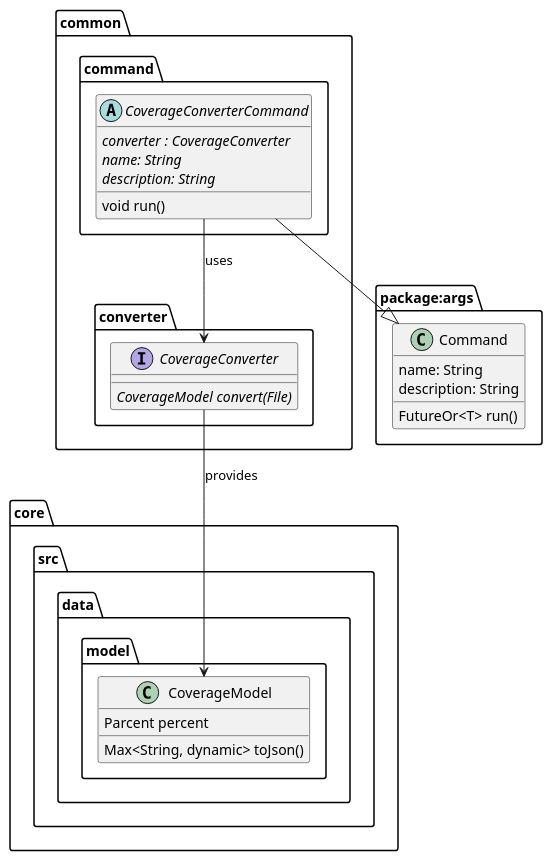
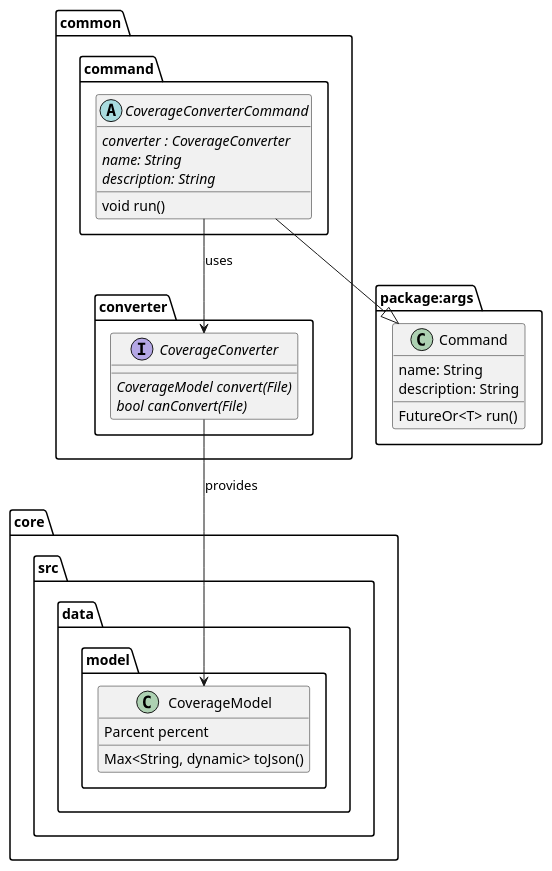
The diagram in metrics/coverage_converter/docs/diagrams/coverage_interfaces_diagram.puml (Flank/flank-dashboard), drawn with PlantUML before and after one commit. The commit also changed 5 other files, not shown here.

```diff
--- a/metrics/coverage_converter/docs/diagrams/coverage_interfaces_diagram.puml
+++ b/metrics/coverage_converter/docs/diagrams/coverage_interfaces_diagram.puml
@@ -1,41 +1,42 @@
 @startuml coverage_interfaces_diagram.puml
 
 package package:args {
     class Command {
         name: String
         description: String
         FutureOr<T> run()
     }
 }
 
 
 package core.src.data.model {
     class CoverageModel {
         Parcent percent
         Max<String, dynamic> toJson()
     }
 }
 
 
 package common {
     package command {
         abstract CoverageConverterCommand {
             {abstract} converter : CoverageConverter
             {abstract} name: String
             {abstract} description: String
             void run()
         }
     }
 
     package converter {
         interface CoverageConverter {
             {abstract} CoverageModel convert(File)
+            {abstract} bool canConvert(File)
         }
     }
 }
 
 CoverageConverterCommand --|> Command
 CoverageConverter --> CoverageModel : provides
 CoverageConverterCommand --> CoverageConverter : uses
 
 @enduml
```
